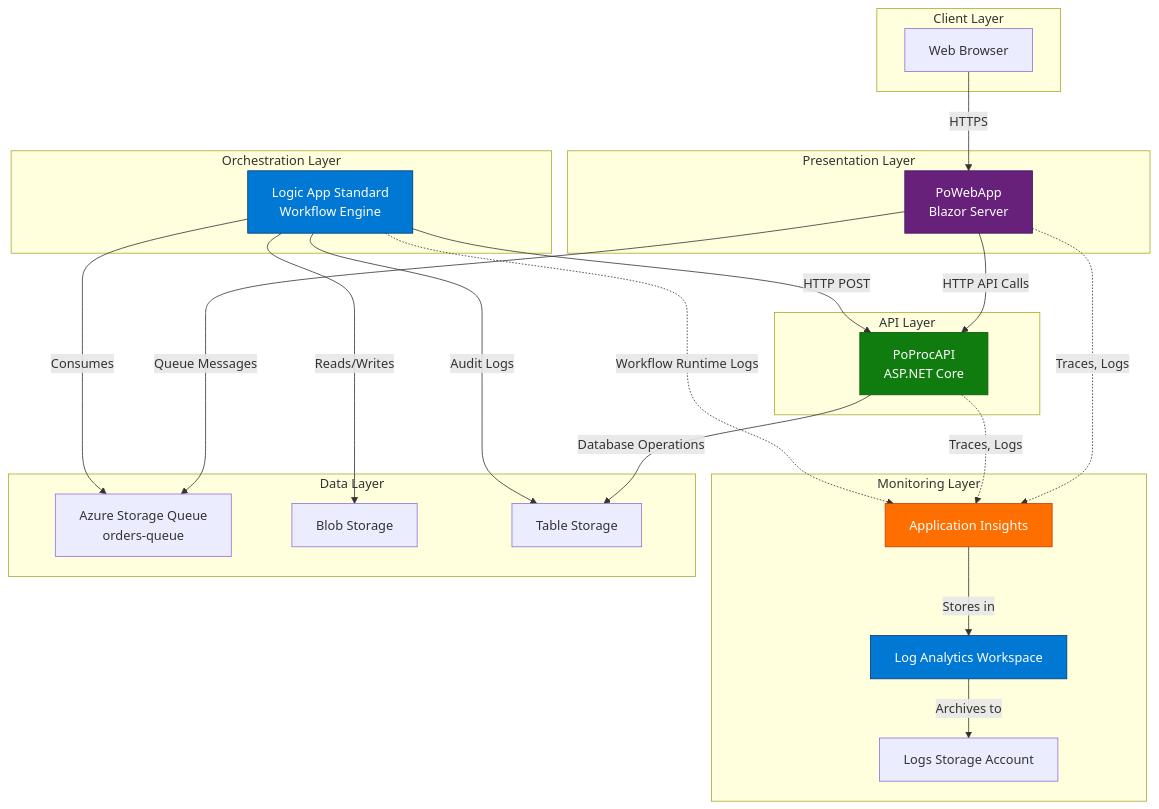
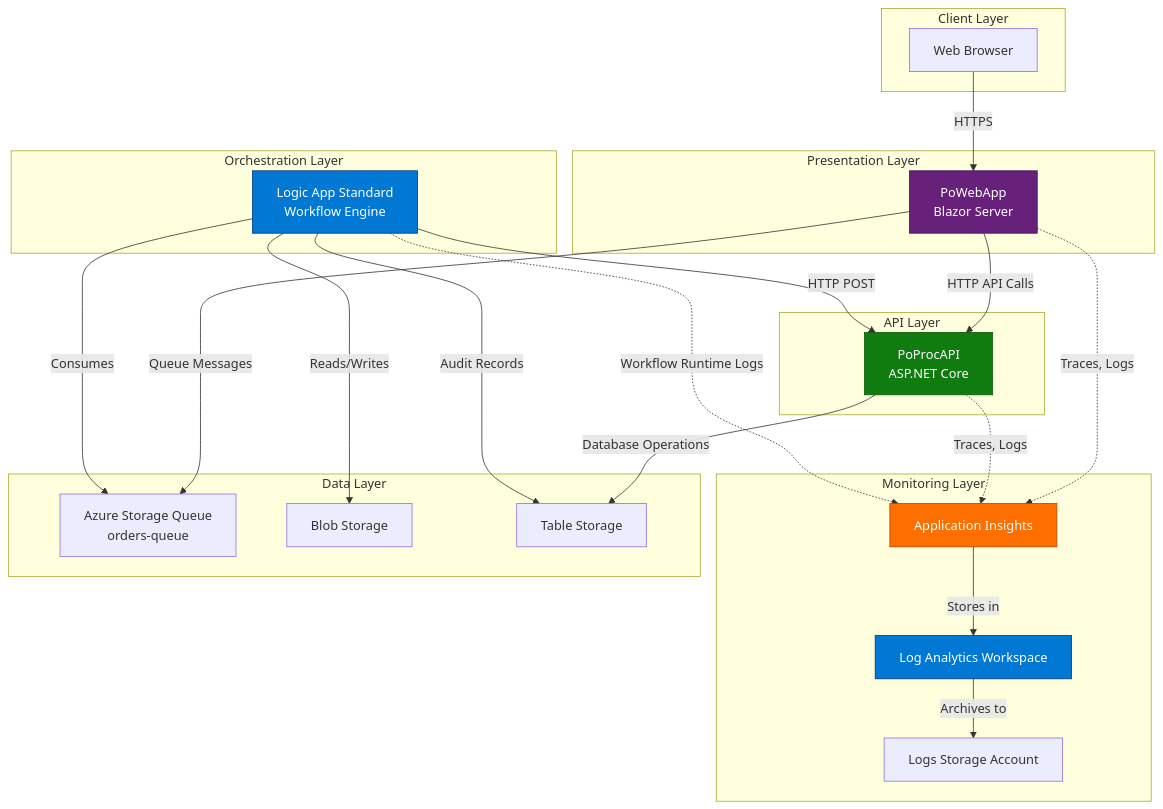
The first of 2 diagrams in README.md (Evilazaro/Azure-LogicApps-Monitoring), drawn with Mermaid before and after one commit. The commit also changed other lines of this file, not shown here.

````diff
--- a/README.md
+++ b/README.md
@@ -132,51 +133,51 @@
 ```mermaid
 graph TB
     subgraph "Client Layer"
         USER[Web Browser]
     end
 
     subgraph "Monitoring Layer"
         LAWS[Log Analytics Workspace]
         AI[Application Insights]
         STORAGE[Logs Storage Account]
     end
 
     subgraph "Presentation Layer"
         WEBAPP[PoWebApp<br/>Blazor Server]
     end
 
     subgraph "API Layer"
         API[PoProcAPI<br/>ASP.NET Core]
     end
 
     subgraph "Orchestration Layer"
         LOGICAPP[Logic App Standard<br/>Workflow Engine]
     end
 
     subgraph "Data Layer"
         QUEUE[Azure Storage Queue<br/>orders-queue]
         BLOB[Blob Storage]
         TABLE[Table Storage]
     end
 
     USER -->|HTTPS| WEBAPP
     WEBAPP -->|HTTP API Calls| API
     WEBAPP -->|Queue Messages| QUEUE
     API -->|Database Operations| TABLE
     LOGICAPP -->|Consumes| QUEUE
     LOGICAPP -->|HTTP POST| API
     LOGICAPP -->|Reads/Writes| BLOB
-    LOGICAPP -->|Audit Logs| TABLE
+    LOGICAPP -->|Audit Records| TABLE
 
     WEBAPP -.->|Traces, Logs| AI
     API -.->|Traces, Logs| AI
     LOGICAPP -.->|Workflow Runtime Logs| AI
     AI -->|Stores in| LAWS
     LAWS -->|Archives to| STORAGE
 
     style LAWS fill:#0078D4,stroke:#003B73,color:#fff
     style AI fill:#FF6F00,stroke:#C43E00,color:#fff
     style WEBAPP fill:#68217A,stroke:#3E145F,color:#fff
     style API fill:#107C10,stroke:#0B5A0B,color:#fff
     style LOGICAPP fill:#0078D4,stroke:#003B73,color:#fff
 ```
````
